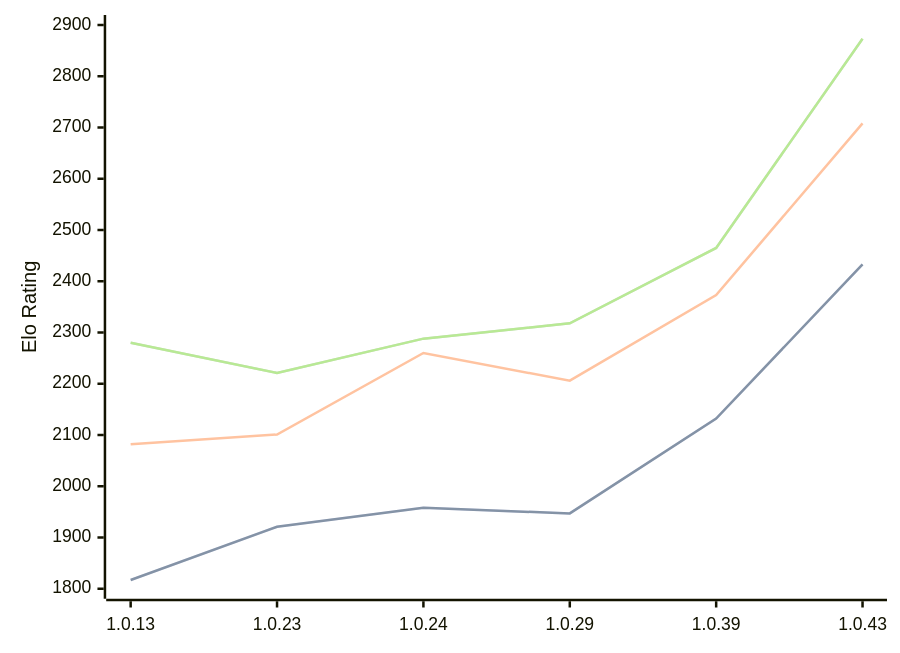
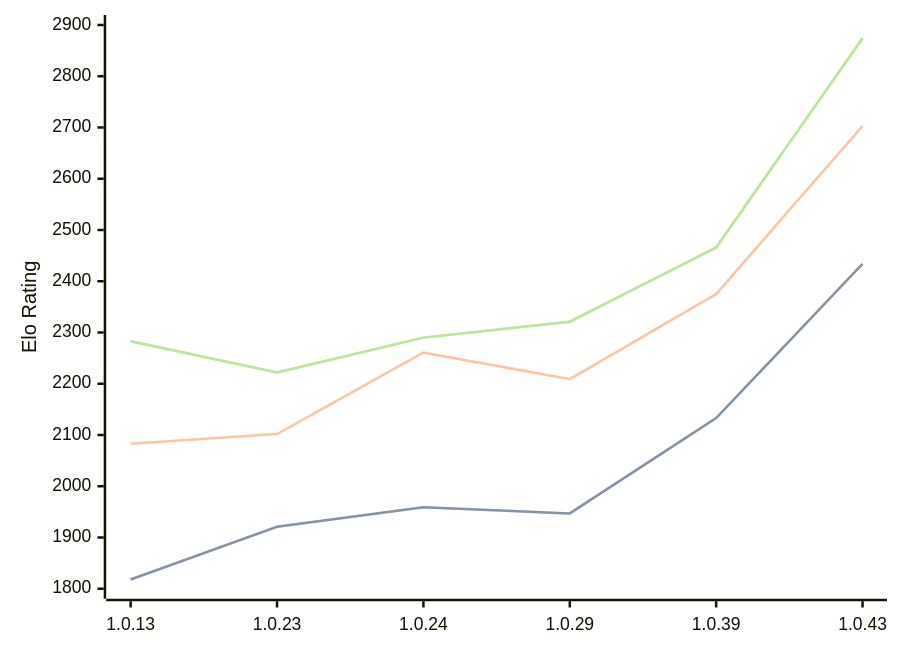
Before and after one commit to computer-chess-index/cci: the diagram in engines/RustyRival.md, drawn with Mermaid. The commit also changed other lines of this file, not shown here.

Commit message:
Update CCI Ratings (ELO VLTC) - 2026-05-16

````diff
--- a/engines/RustyRival.md
+++ b/engines/RustyRival.md
@@ -68,11 +68,11 @@
 ```mermaid
 %%{init: {"theme":"base","themeVariables":{"seriesColors:['#a3a3a3','#222221','#faa371']}}}%%
 xychart-beta
   x-axis ["1.0.13", "1.0.23", "1.0.24", "1.0.29", "1.0.39", "1.0.43"]
   y-axis "Elo Rating" 1800 --> 2900
-  line "STC (8.0+0.08s)" [1817, 1921, 1958, 1947, 2132, 2433]
-  line "STC (8.0+0.08s)" [1817, 1921, 1958, 1947, 2132, 2433]
-  line "LTC (60.0+0.60s)" [2082, 2101, 2260, 2206, 2373, 2708]
-  line "VLTC (2m24s+1.12s)" [2280, 2221, 2288, 2318, 2465, 2873]
-  line "VLTC (2m24s+1.12s)" [2280, 2221, 2288, 2318, 2465, 2873]
+  line "STC (8.0+0.08s)" [1818, 1921, 1959, 1947, 2133, 2434]
+  line "STC (8.0+0.08s)" [1818, 1921, 1959, 1947, 2133, 2434]
+  line "LTC (60.0+0.60s)" [2083, 2102, 2261, 2209, 2375, 2703]
+  line "VLTC (2m24s+1.12s)" [2283, 2222, 2290, 2321, 2466, 2874]
+  line "VLTC (2m24s+1.12s)" [2283, 2222, 2290, 2321, 2466, 2874]
 ```
````
